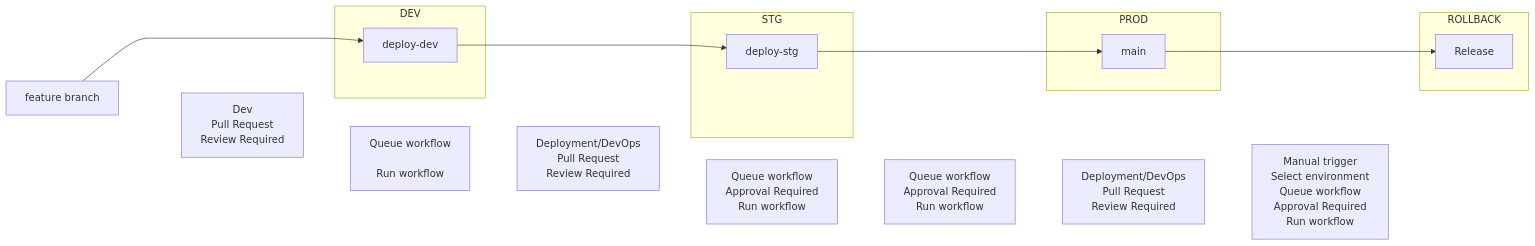
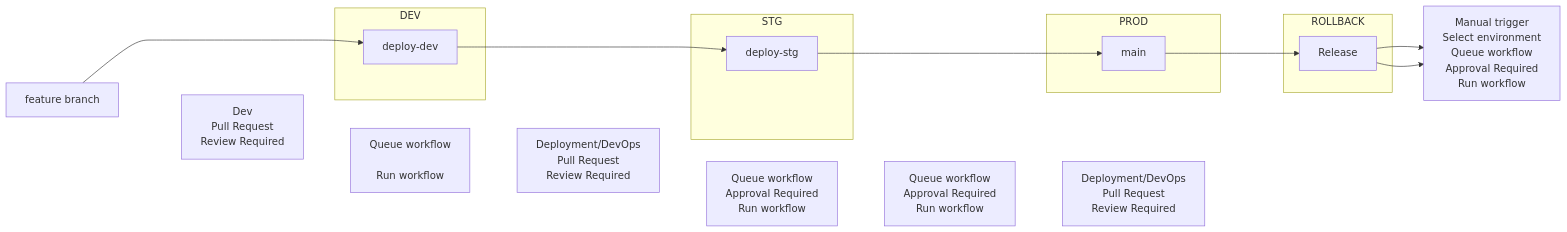
One commit to fritzramos-gf/Workflows changed the diagram in Gates-Workflow.md. Above: the diagram before and after it, drawn with Mermaid.

Commit message:
Update workflow diagram for manual trigger process

````diff
--- a/Gates-Workflow.md
+++ b/Gates-Workflow.md
@@ -1,31 +1,34 @@
 ```mermaid
 flowchart LR
     A[feature branch] ----> B
     A ~~~ C["Dev\nPull Request\nReview Required"]
     C ~~~ B
     subgraph DEV
         B[deploy-dev]
     end
      C ~~~ G["Queue workflow
         \nRun workflow"]
 
     B ---> D
     G ~~~ H["Deployment/DevOps\nPull Request\nReview Required"]
     H ~~~ D
     subgraph STG
         D[deploy-stg]
     end
     D ---> E
     H ~~~ I["Queue workflow\nApproval Required\nRun workflow"]
     subgraph PROD
         E[main]
     end
     I ~~~ J["Queue workflow\nApproval Required\nRun workflow"]
     E ---> F
     J ~~~ K["Deployment/DevOps\nPull Request\nReview Required"] 
     subgraph ROLLBACK
         F[Release]
     end
-    K ~~~ L["Manual trigger\nSelect environment\nQueue workflow\nApproval Required\nRun workflow"]
-    
+    F --> L["Manual trigger\nSelect environment\nQueue workflow\nApproval Required\nRun workflow"]
+
+linkStyle 3 stroke-width:0px;F --> L["Manual trigger\nSelect environment\nQueue workflow\nApproval Required\nRun workflow"]
+
+linkStyle 3 stroke-width:0px;
 ```
````
